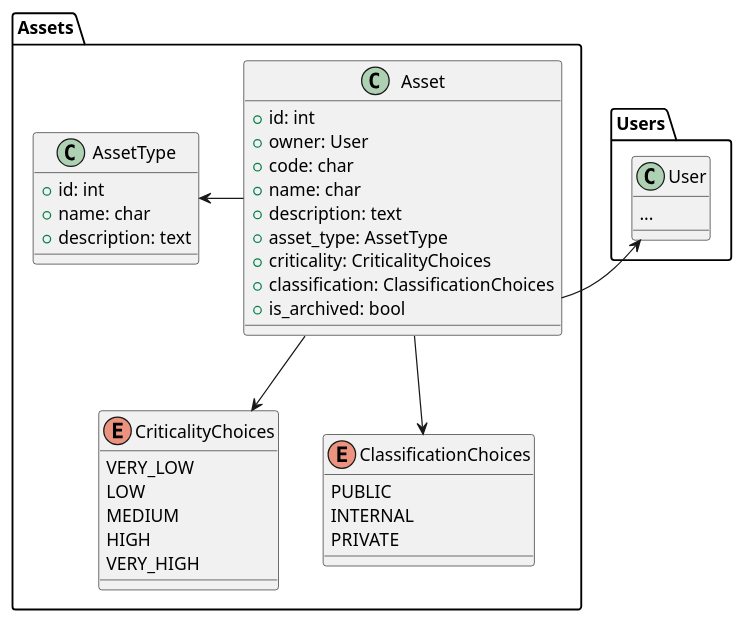
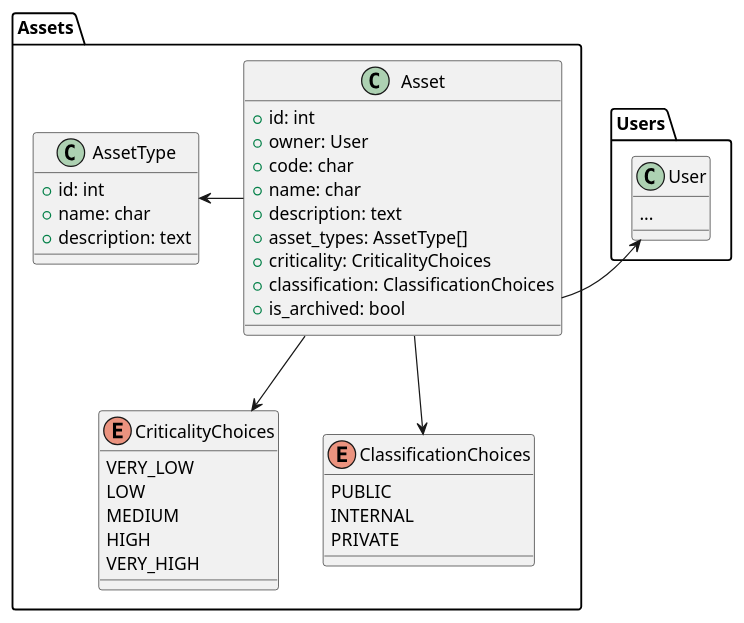
One commit to Gabo-araya/sgsi_ext changed the second of 5 diagrams in docs/rfc/InitialModellingRFC.md. Above: the diagram before and after it, drawn with PlantUML. The commit also changed 6 other files, not shown here.

Commit message:
feat: make asset-asset type N to N relation

````diff
--- a/docs/rfc/InitialModellingRFC.md
+++ b/docs/rfc/InitialModellingRFC.md
@@ -81,40 +81,40 @@
 ```plantuml
 package Assets {
     class Asset {
         + id: int
         + owner: User
         + code: char
         + name: char
         + description: text
-        + asset_type: AssetType
+        + asset_types: AssetType[]
         + criticality: CriticalityChoices
         + classification: ClassificationChoices
         + is_archived: bool
     }
     class AssetType {
         + id: int
         + name: char
         + description: text
     }
     enum CriticalityChoices {
         VERY_LOW
         LOW
         MEDIUM
         HIGH
         VERY_HIGH
     }
     enum ClassificationChoices {
         PUBLIC
         INTERNAL
         PRIVATE
     }
 }
 class Users.User {
     ...
 }
 
 Assets.Asset -right> Users.User
 Assets.Asset -left> Assets.AssetType
 Assets.Asset --> Assets.CriticalityChoices
 Assets.Asset --> Assets.ClassificationChoices
 ```
````
